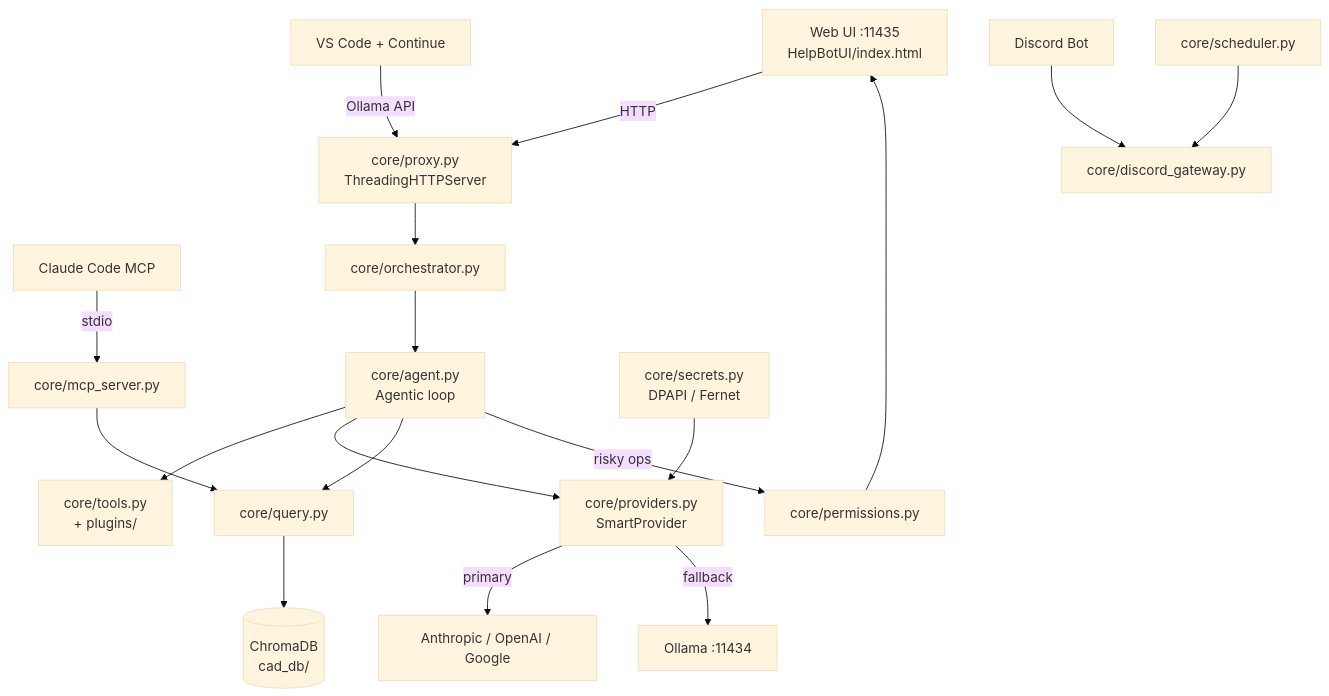
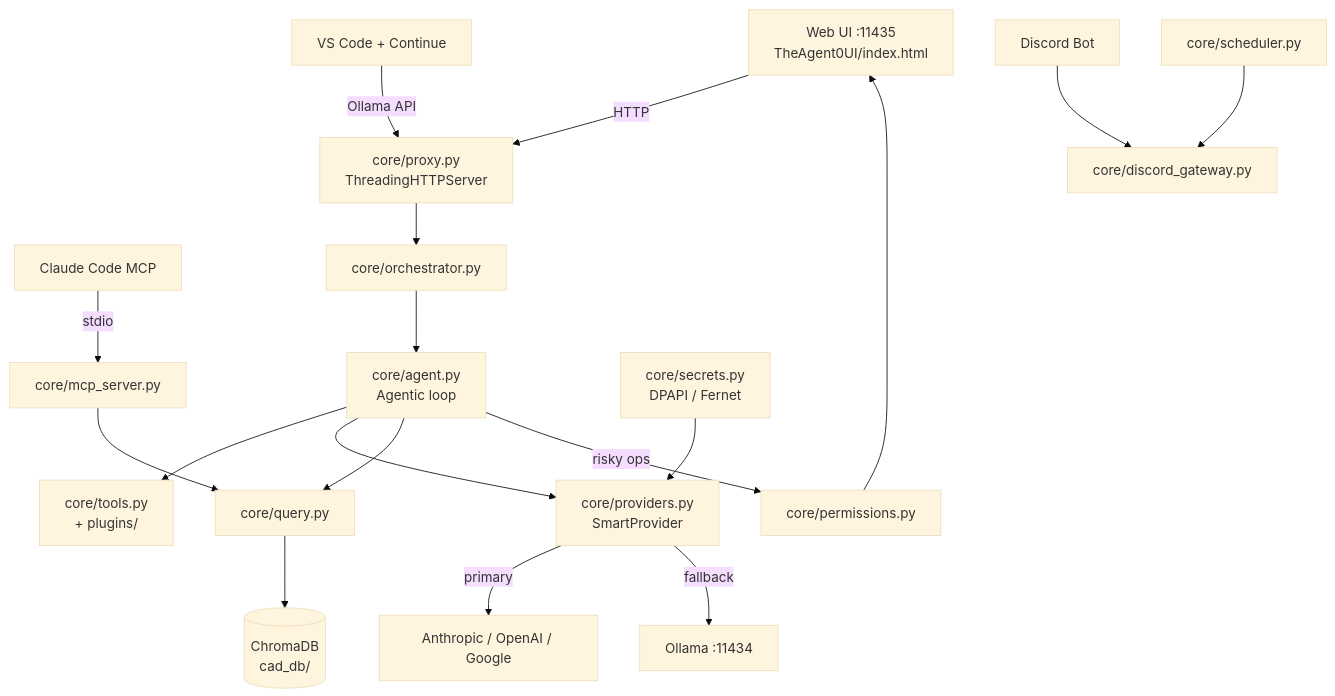
One commit to namthse01/LocalHelpBot changed the diagram in docs/ai/design/README.md. Above: the diagram before and after it, drawn with Mermaid (base theme). The commit also changed other lines of this file and 39 other files, not shown here.

````diff
--- a/docs/ai/design/README.md
+++ b/docs/ai/design/README.md
@@ -11,25 +11,25 @@
 ```mermaid
 graph TD
-  UI[Web UI :11435<br/>HelpBotUI/index.html] -->|HTTP| Proxy
+  UI[Web UI :11435<br/>TheAgent0UI/index.html] -->|HTTP| Proxy
   VSCode[VS Code + Continue] -->|Ollama API| Proxy
   ClaudeCode[Claude Code MCP] -->|stdio| MCP[core/mcp_server.py]
   Discord[Discord Bot] --> Gateway[core/discord_gateway.py]
 
   Proxy[core/proxy.py<br/>ThreadingHTTPServer] --> Orchestrator[core/orchestrator.py]
   Orchestrator --> Agent[core/agent.py<br/>Agentic loop]
   Agent --> Tools[core/tools.py<br/>+ plugins/]
   Agent --> Providers[core/providers.py<br/>SmartProvider]
 
   Providers -->|primary| Cloud[Anthropic / OpenAI / Google]
   Providers -->|fallback| Ollama[Ollama :11434]
 
   Agent --> RAG[core/query.py]
   RAG --> Chroma[(ChromaDB<br/>cad_db/)]
   MCP --> RAG
 
   Agent -->|risky ops| Perms[core/permissions.py]
   Perms --> UI
 
   Secrets[core/secrets.py<br/>DPAPI / Fernet] --> Providers
   Scheduler[core/scheduler.py] --> Gateway
 ```
````
